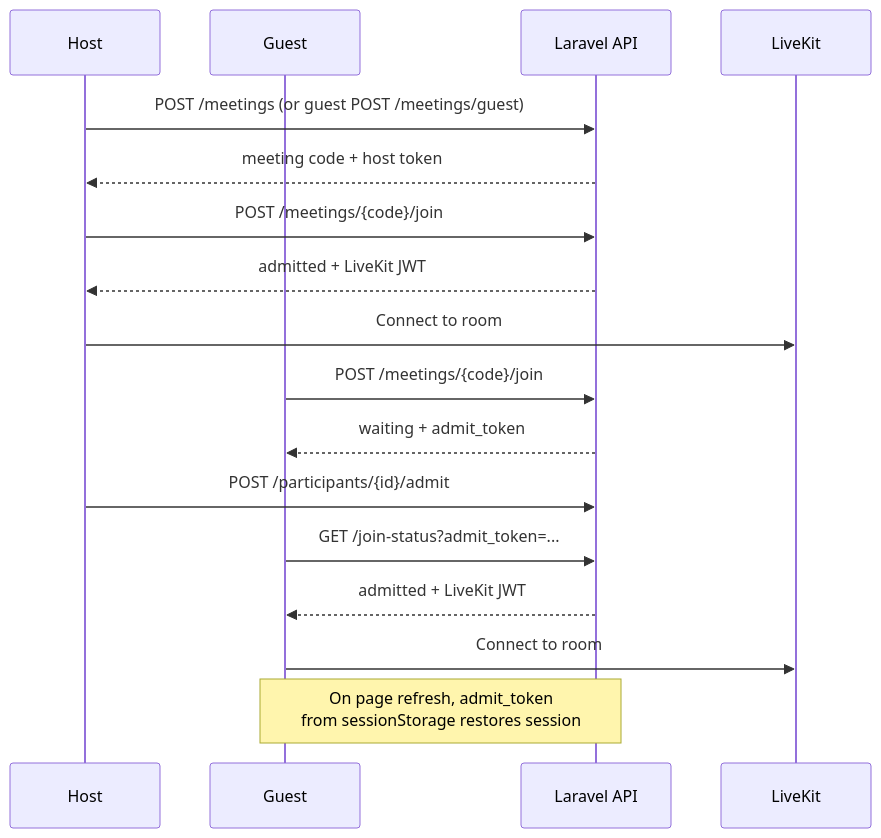
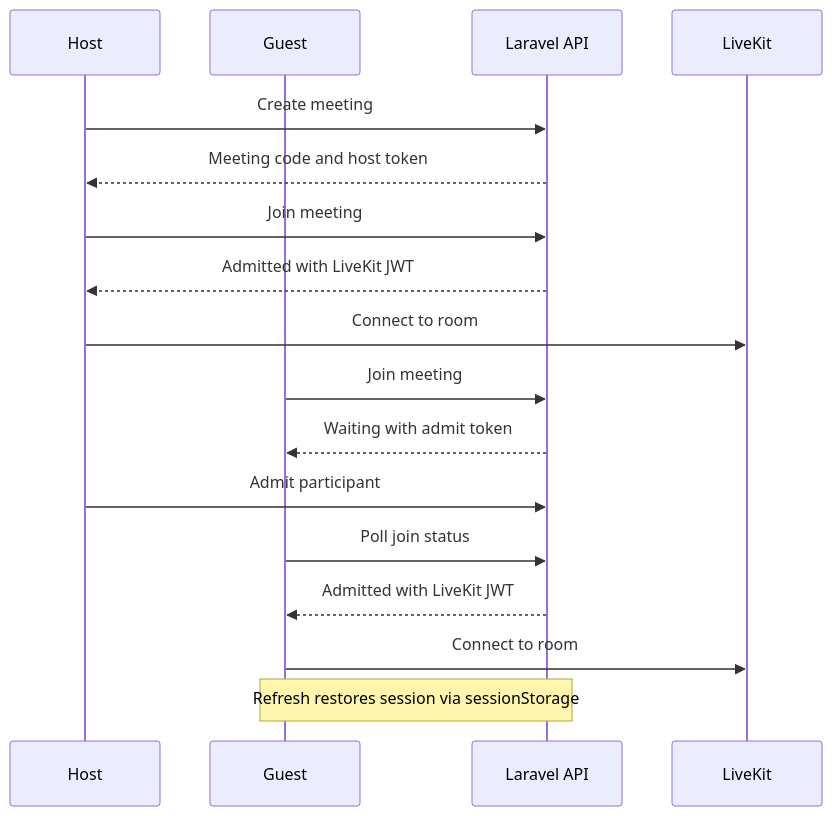
Before and after one commit to GhayoorAli/meetme: the second of 2 diagrams in README.md, drawn with Mermaid. The commit also changed other lines of this file, not shown here.

Commit message:
change in readme

````diff
--- a/README.md
+++ b/README.md
@@ -103,22 +103,22 @@
 ```mermaid
 sequenceDiagram
     participant Host
     participant Guest
     participant API as Laravel API
     participant LK as LiveKit
 
-    Host->>API: POST /meetings (or guest POST /meetings/guest)
-    API-->>Host: meeting code + host token
-    Host->>API: POST /meetings/{code}/join
-    API-->>Host: admitted + LiveKit JWT
+    Host->>API: Create meeting
+    API-->>Host: Meeting code and host token
+    Host->>API: Join meeting
+    API-->>Host: Admitted with LiveKit JWT
     Host->>LK: Connect to room
 
-    Guest->>API: POST /meetings/{code}/join
-    API-->>Guest: waiting + admit_token
-    Host->>API: POST /participants/{id}/admit
-    Guest->>API: GET /join-status?admit_token=...
-    API-->>Guest: admitted + LiveKit JWT
+    Guest->>API: Join meeting
+    API-->>Guest: Waiting with admit token
+    Host->>API: Admit participant
+    Guest->>API: Poll join status
+    API-->>Guest: Admitted with LiveKit JWT
     Guest->>LK: Connect to room
 
-    Note over Guest,API: On page refresh, admit_token<br/>from sessionStorage restores session
+    Note over Guest,API: Refresh restores session via sessionStorage
 ```
````
